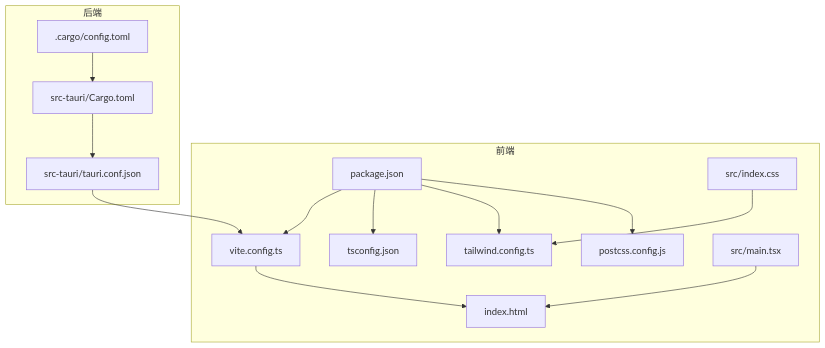
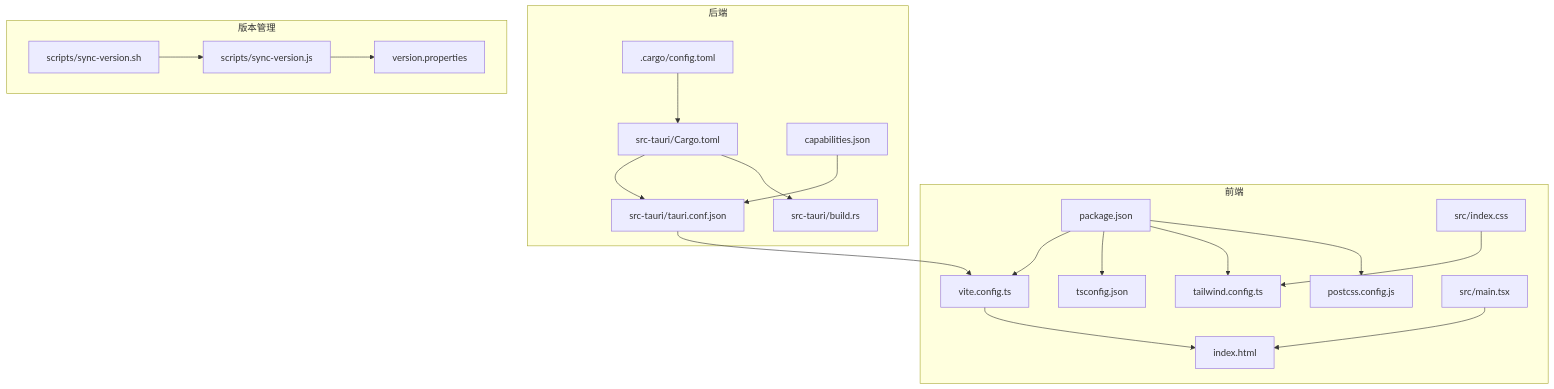
One commit to YLee9527/Medex changed the first of 8 diagrams in doc/repowiki/zh/content/部署与发布/构建配置.md. Above: the diagram before and after it, drawn with Mermaid. The commit also changed other lines of this file and 31 other files, not shown here.

First line of the commit message:
docs(doc): 添加部署脚本、锁屏功能、发布指南及设置按钮图标文档

````diff
--- a/doc/repowiki/zh/content/部署与发布/构建配置.md
+++ b/doc/repowiki/zh/content/部署与发布/构建配置.md
@@ -42,28 +51,39 @@
 ```mermaid
 graph TB
 subgraph "前端"
 VCFG["vite.config.ts"]
 TSCFG["tsconfig.json"]
 TWCFG["tailwind.config.ts"]
 PCFG["postcss.config.js"]
 PKG["package.json"]
 CSS["src/index.css"]
 MAIN["src/main.tsx"]
 HTML["index.html"]
 end
 subgraph "后端"
 CTOML["src-tauri/Cargo.toml"]
 CCARGO[".cargo/config.toml"]
 TCFG["src-tauri/tauri.conf.json"]
+BUILDRS["src-tauri/build.rs"]
+CAPS["capabilities.json"]
+end
+subgraph "版本管理"
+VERPROPS["version.properties"]
+SYNCJS["scripts/sync-version.js"]
+SYNCSH["scripts/sync-version.sh"]
 end
 PKG --> VCFG
 PKG --> TSCFG
 PKG --> TWCFG
 PKG --> PCFG
 CSS --> TWCFG
 MAIN --> HTML
 VCFG --> HTML
 TCFG --> VCFG
 CTOML --> TCFG
 CCARGO --> CTOML
+SYNCJS --> VERPROPS
+SYNCSH --> SYNCJS
+CTOML --> BUILDRS
+CAPS --> TCFG
 ```
````
